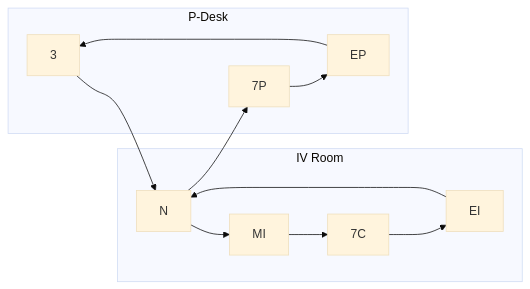
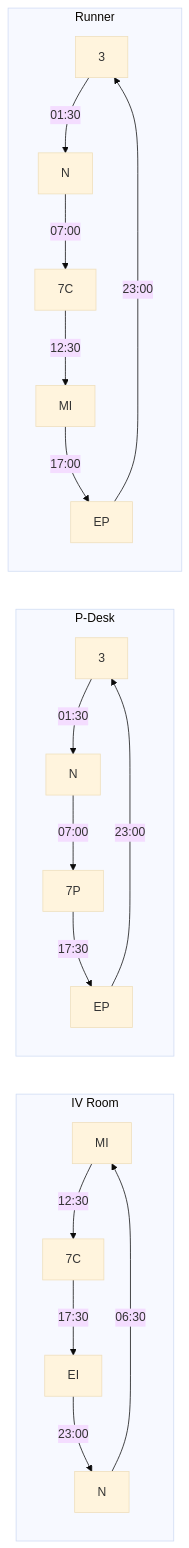
One commit to jts-bio/base changed the first of 3 diagrams in MOC/fill_westED.md. Above: the diagram before and after it, drawn with Mermaid (base theme). The commit also changed other lines of this file and 2 other files, not shown here.

```diff
--- a/MOC/fill_westED.md
+++ b/MOC/fill_westED.md
@@ -4,9 +4,12 @@
 ::: mermaid
 graph LR;
    subgraph IV Room
-      MI-->7C-->EI-->N-->MI
+      MI--12:30-->7C--17:30-->EI--23:00-->N--06:30-->MI
    end
    subgraph P-Desk
-      7P-->EP-->3-->N-->7P
+      7P--17:30-->EP--23:00-->3--01:30-->N2[N]--07:00-->7P
+   end
+   subgraph Runner
+      7C2[7C]--12:30-->MI2[MI]--17:00-->EP2[EP]--23:00-->32[3]--01:30-->N3[N]--07:00-->7C2
    end
 :::
```
